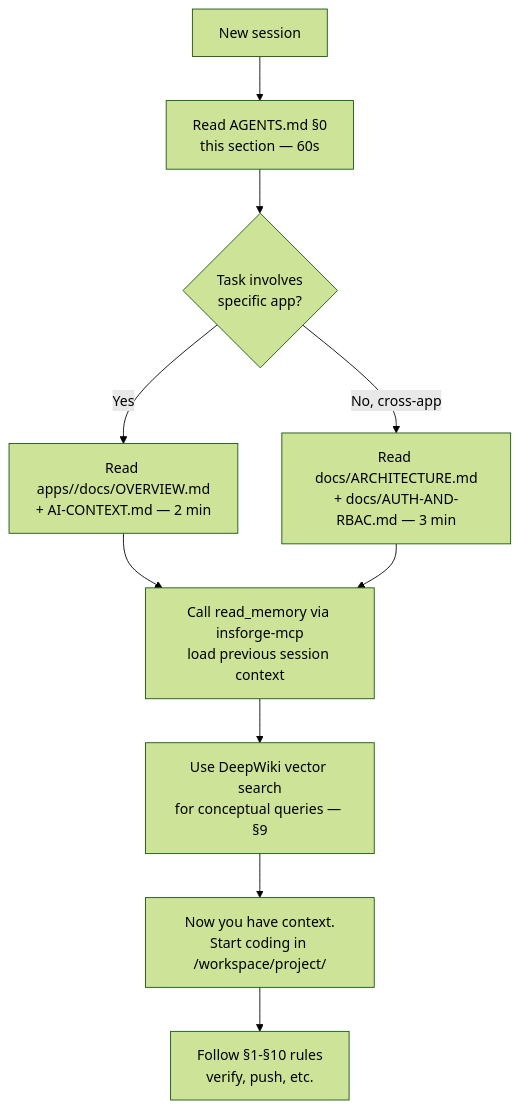
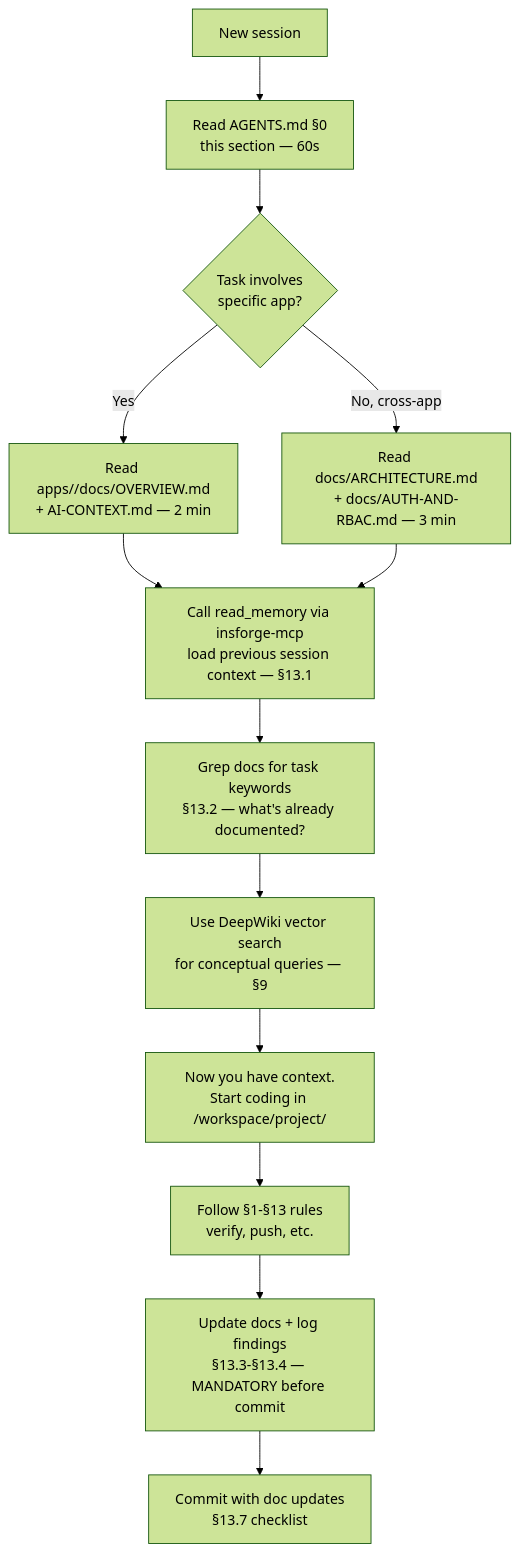
Before and after one commit to vietnguyenduc/superapp-monorepo: the first of 6 diagrams in AGENTS.md, drawn with Mermaid (forest theme). The commit also changed other lines of this file and 4 other files, not shown here.

````diff
--- a/AGENTS.md
+++ b/AGENTS.md
@@ -55,12 +54,15 @@
 ```mermaid
 flowchart TD
   START[New session] --> READ0[Read AGENTS.md §0<br/>this section — 60s]
   READ0 --> READ_TASK{Task involves<br/>specific app?}
   READ_TASK -->|Yes| APPDOC[Read apps/<app>/docs/OVERVIEW.md<br/>+ AI-CONTEXT.md — 2 min]
   READ_TASK -->|No, cross-app| ROOTDOC[Read docs/ARCHITECTURE.md<br/>+ docs/AUTH-AND-RBAC.md — 3 min]
-  APPDOC --> MEMORY[Call read_memory via insforge-mcp<br/>load previous session context]
+  APPDOC --> MEMORY[Call read_memory via insforge-mcp<br/>load previous session context — §13.1]
   ROOTDOC --> MEMORY
-  MEMORY --> SEARCH[Use DeepWiki vector search<br/>for conceptual queries — §9]
+  MEMORY --> GREP[Grep docs for task keywords<br/>§13.2 — what's already documented?]
+  GREP --> SEARCH[Use DeepWiki vector search<br/>for conceptual queries — §9]
   SEARCH --> CODE[Now you have context.<br/>Start coding in /workspace/project/]
-  CODE --> RULES[Follow §1-§10 rules<br/>verify, push, etc.]
+  CODE --> RULES[Follow §1-§13 rules<br/>verify, push, etc.]
+  RULES --> DOCS[Update docs + log findings<br/>§13.3-§13.4 — MANDATORY before commit]
+  DOCS --> COMMIT[Commit with doc updates<br/>§13.7 checklist]
 ```
````
